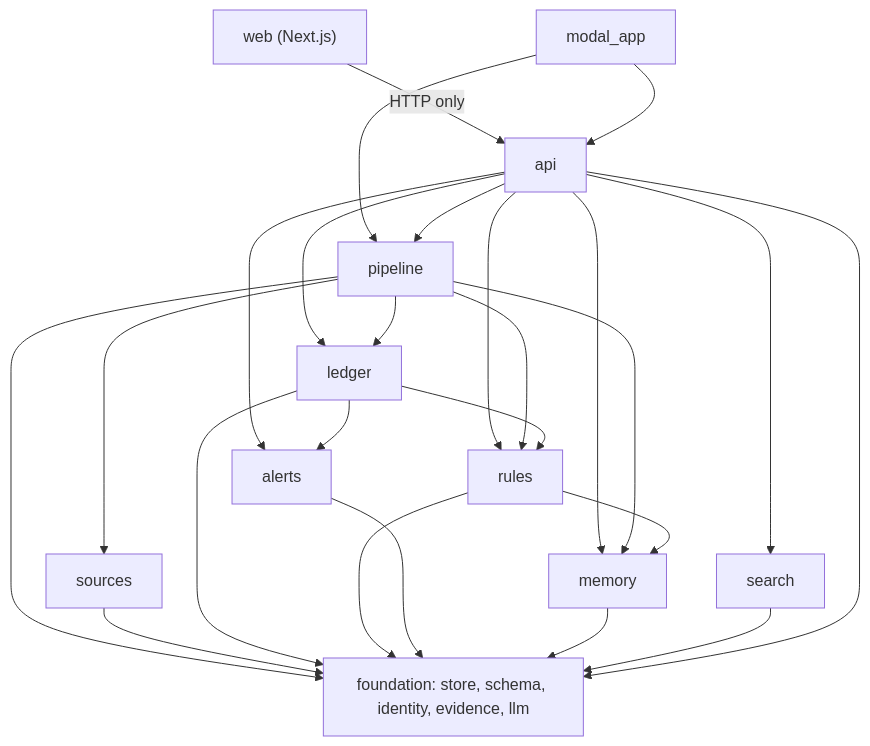
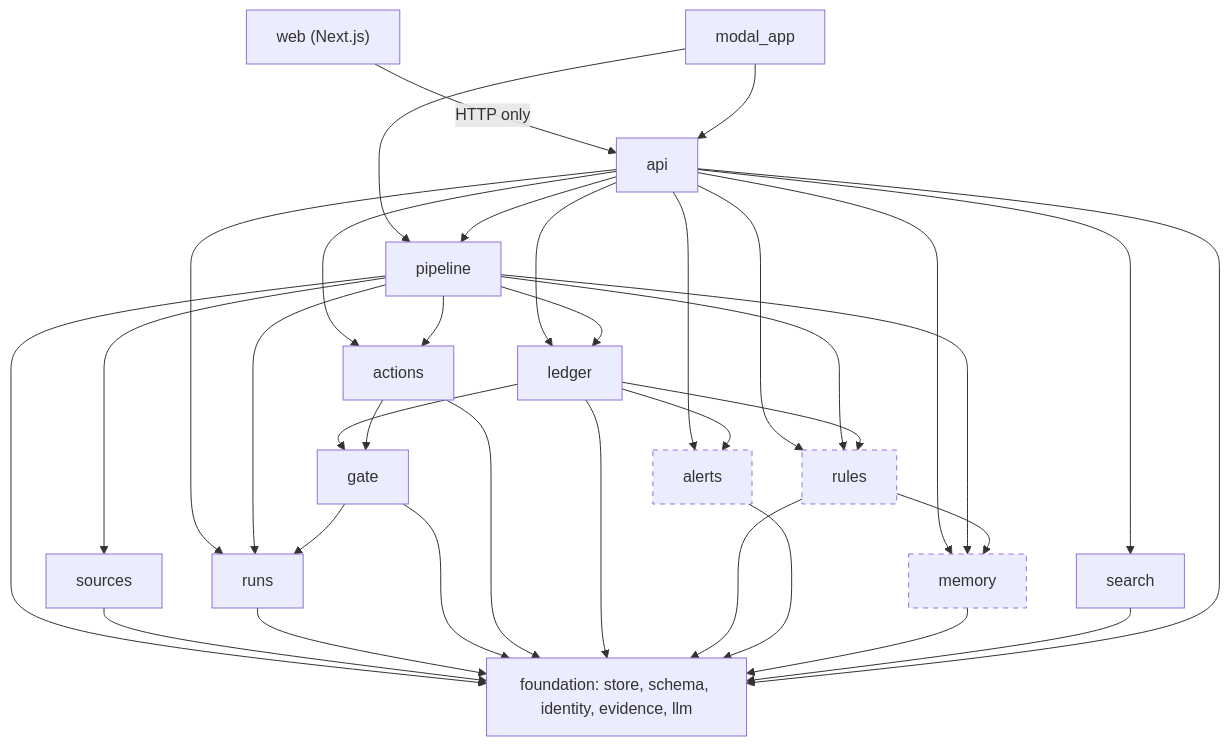
One commit to lutic1/agents-in-context-toronto changed the first of 5 diagrams in _bmad-output/planning-artifacts/architecture/architecture-agents-in-context-toronto-2026-11-13/ARCHITECTURE-SPINE.md. Above: the diagram before and after it, drawn with Mermaid. The commit also changed other lines of this file and 86 other files, not shown here.

````diff
--- a/_bmad-output/planning-artifacts/architecture/architecture-agents-in-context-toronto-2026-11-13/ARCHITECTURE-SPINE.md
+++ b/_bmad-output/planning-artifacts/architecture/architecture-agents-in-context-toronto-2026-11-13/ARCHITECTURE-SPINE.md
@@ -44,28 +49,40 @@
 ```mermaid
 flowchart TD
   web["web (Next.js)"] -->|HTTP only| api
   modal["modal_app"] --> api
   modal --> pipeline
   api --> pipeline
+  api --> runs
+  api --> actions
   api --> search
   api --> ledger
   api --> rules
   api --> alerts
   api --> memory
   pipeline --> sources
+  pipeline --> runs
   pipeline --> ledger
+  pipeline --> actions
   pipeline --> rules
   pipeline --> memory
+  ledger --> gate
+  actions --> gate
+  gate --> runs
   ledger --> rules
   ledger --> alerts
   rules --> memory
   pipeline --> foundation
   sources --> foundation
+  runs --> foundation
+  gate --> foundation
+  actions --> foundation
   ledger --> foundation
   rules --> foundation
   alerts --> foundation
   memory --> foundation
   search --> foundation
   api --> foundation
   foundation["foundation: store, schema, identity, evidence, llm"]
+  classDef deferred stroke-dasharray: 5 5
+  class rules,alerts,memory deferred
 ```
````
